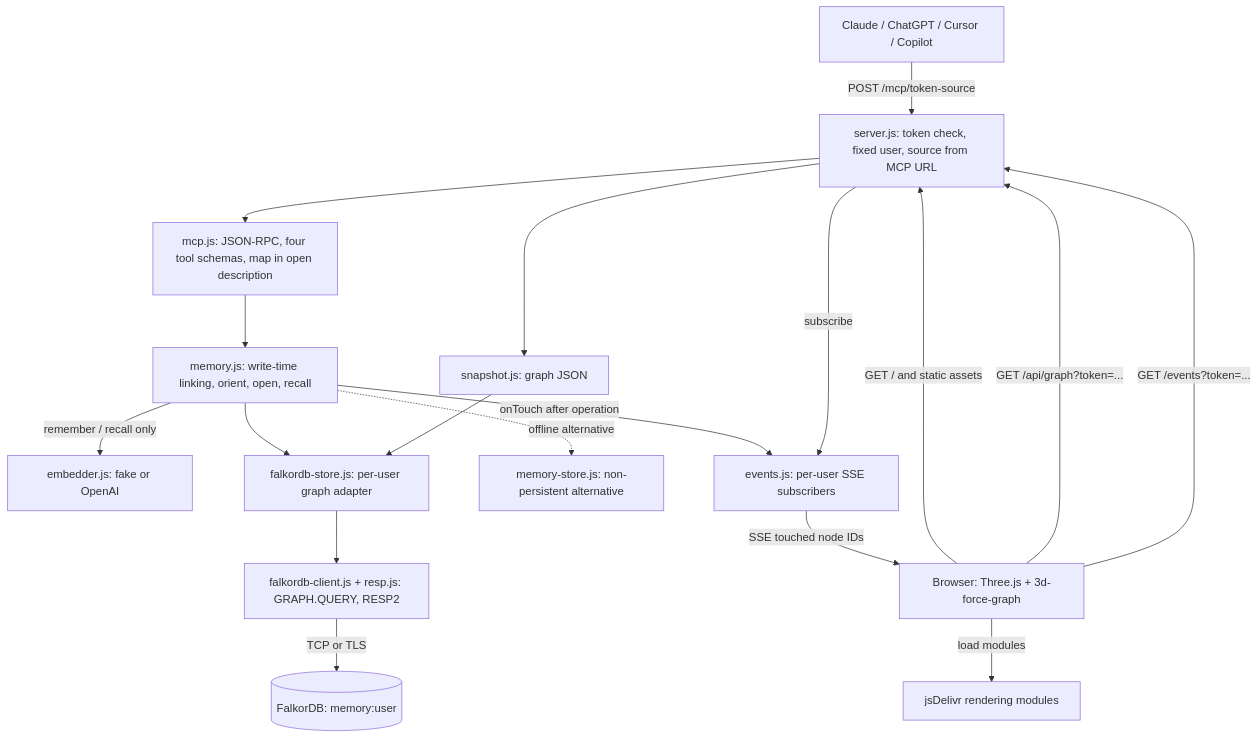
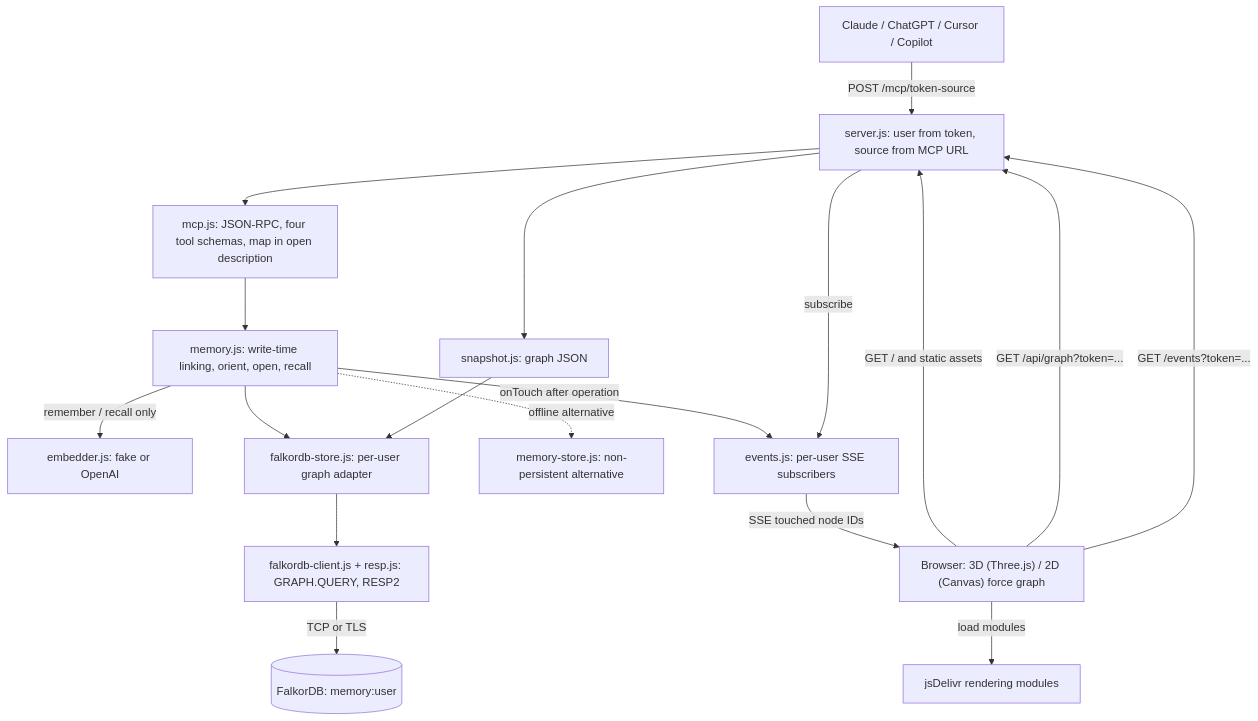
Before and after one commit to yukeidaro/jinai-memory: the first of 3 diagrams in docs/ARCHITECTURE.md, drawn with Mermaid. The commit also changed other lines of this file and 4 other files, not shown here.

````diff
--- a/docs/ARCHITECTURE.md
+++ b/docs/ARCHITECTURE.md
@@ -10,34 +10,34 @@
 ```mermaid
 flowchart TB
     Clients["Claude / ChatGPT / Cursor / Copilot"]
-    Browser["Browser: Three.js + 3d-force-graph"]
+    Browser["Browser: 3D (Three.js) / 2D (Canvas) force graph"]
     CDN["jsDelivr rendering modules"]
-    HTTP["server.js: token check, fixed user, source from MCP URL"]
+    HTTP["server.js: user from token, source from MCP URL"]
     MCP["mcp.js: JSON-RPC, four tool schemas, map in open description"]
     Memory["memory.js: write-time linking, orient, open, recall"]
     Embed["embedder.js: fake or OpenAI"]
     Store["falkordb-store.js: per-user graph adapter"]
     Client["falkordb-client.js + resp.js: GRAPH.QUERY, RESP2"]
     DB[("FalkorDB: memory:user")]
     Dev["memory-store.js: non-persistent alternative"]
     Snapshot["snapshot.js: graph JSON"]
     Hub["events.js: per-user SSE subscribers"]
 
     Clients -->|"POST /mcp/token-source"| HTTP
     HTTP --> MCP
     MCP --> Memory
     Memory -->|"remember / recall only"| Embed
     Memory --> Store
     Store --> Client
     Client -->|"TCP or TLS"| DB
     Memory -.->|"offline alternative"| Dev
     Browser -->|"load modules"| CDN
     Browser -->|"GET / and static assets"| HTTP
     Browser -->|"GET /api/graph?token=..."| HTTP
     HTTP --> Snapshot
     Snapshot --> Store
     Memory -->|"onTouch after operation"| Hub
     Browser -->|"GET /events?token=..."| HTTP
     HTTP -->|"subscribe"| Hub
     Hub -->|"SSE touched node IDs"| Browser
 ```
````
